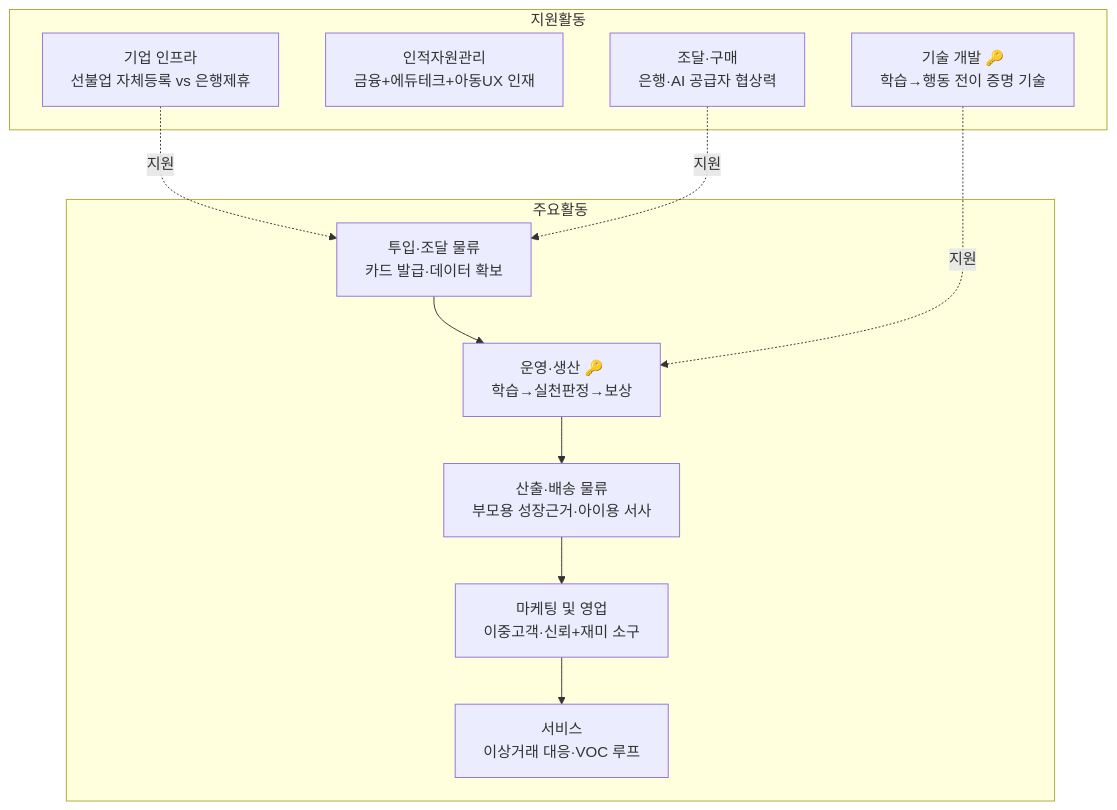
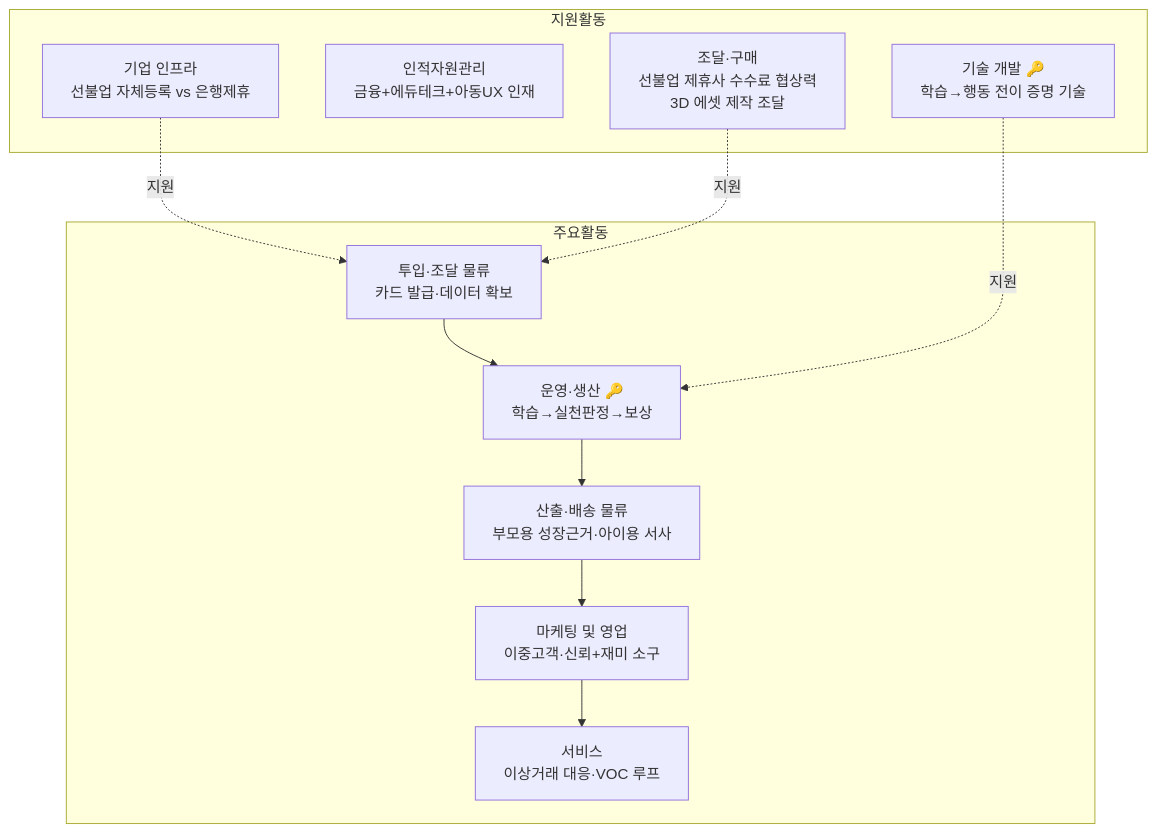
The diagram in 공용공간/가치사슬_분석.md (scene-one/team1_fin-friends), drawn with Mermaid before and after one commit. The commit also changed other lines of this file and 5 other files, not shown here.

````diff
--- a/공용공간/가치사슬_분석.md
+++ b/공용공간/가치사슬_분석.md
@@ -96,18 +112,18 @@
 ```mermaid
 graph TD
     subgraph 지원활동
         FI["기업 인프라<br/>선불업 자체등록 vs 은행제휴"]
         HR["인적자원관리<br/>금융+에듀테크+아동UX 인재"]
         TD["기술 개발 🔑<br/>학습→행동 전이 증명 기술"]
-        PR["조달·구매<br/>은행·AI 공급자 협상력"]
+        PR["조달·구매<br/>선불업 제휴사 수수료 협상력<br/>3D 에셋 제작 조달"]
     end
     subgraph 주요활동
         IL["투입·조달 물류<br/>카드 발급·데이터 확보"] --> OP["운영·생산 🔑<br/>학습→실천판정→보상"]
         OP --> OL["산출·배송 물류<br/>부모용 성장근거·아이용 서사"]
         OL --> MS["마케팅 및 영업<br/>이중고객·신뢰+재미 소구"]
         MS --> SV["서비스<br/>이상거래 대응·VOC 루프"]
     end
     FI -.지원.-> IL
     TD -.지원.-> OP
     PR -.지원.-> IL
 ```
````
